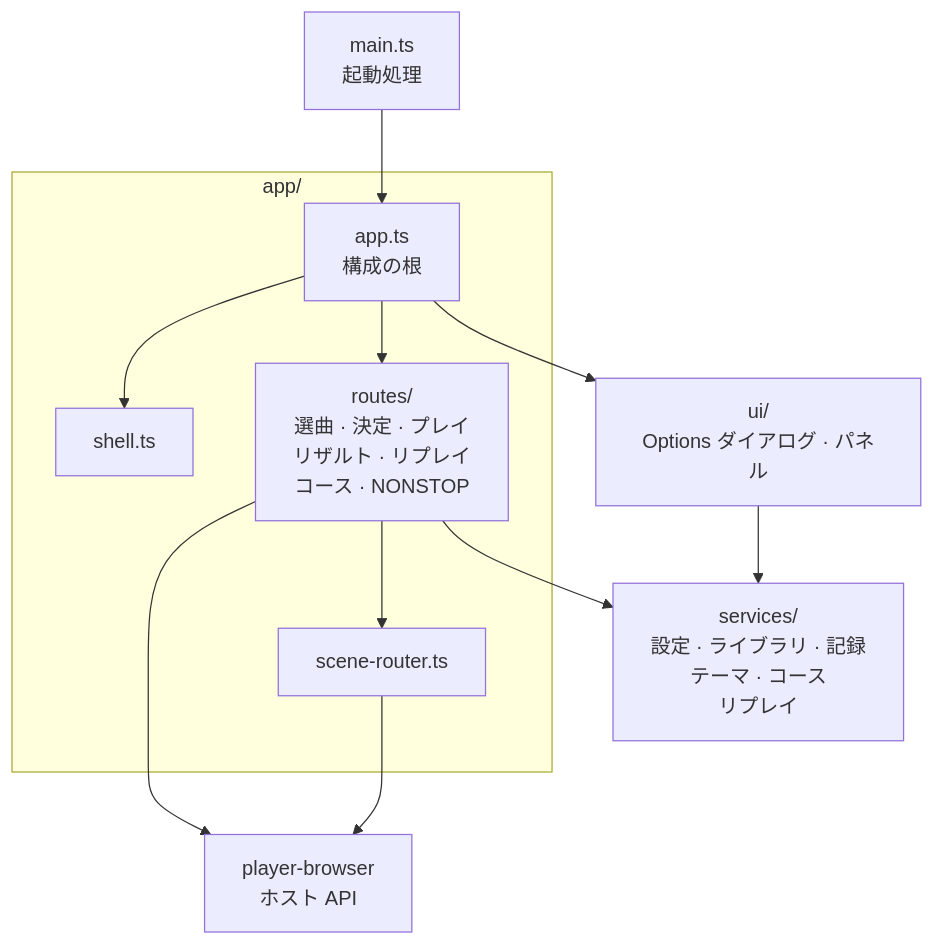
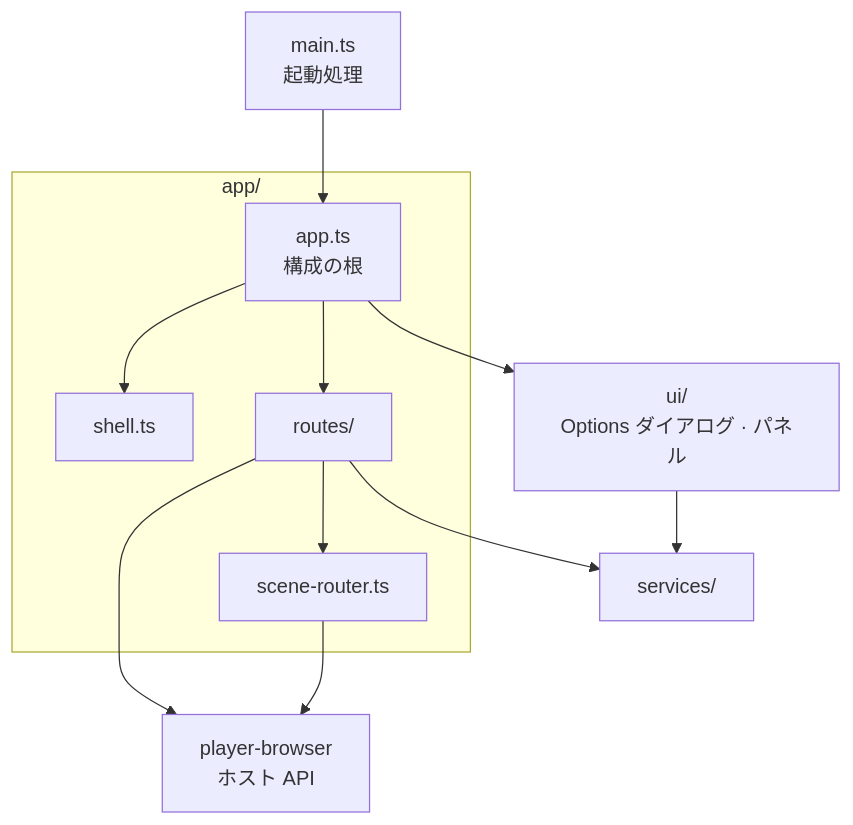
The first of 14 diagrams in docs/player-web-scenes.ja.md (nulltask/be-music), drawn with Mermaid before and after one commit. The commit also changed other lines of this file and 33 other files, not shown here.

````diff
--- a/docs/player-web-scenes.ja.md
+++ b/docs/player-web-scenes.ja.md
@@ -27,18 +27,18 @@
 ```mermaid
 flowchart TD
   main["main.ts<br/>起動処理"] --> app
   subgraph appDir["app/"]
     app["app.ts<br/>構成の根"]
     shell["shell.ts"]
-    routes["routes/<br/>選曲 · 決定 · プレイ<br/>リザルト · リプレイ<br/>コース · NONSTOP"]
+    routes["routes/"]
     router["scene-router.ts"]
   end
   app --> shell
   app --> routes
   app --> ui["ui/<br/>Options ダイアログ · パネル"]
   routes --> router
-  routes --> services["services/<br/>設定 · ライブラリ · 記録<br/>テーマ · コース<br/>リプレイ"]
+  routes --> services["services/"]
   ui --> services
   routes --> host["player-browser<br/>ホスト API"]
   router --> host
 ```
````
